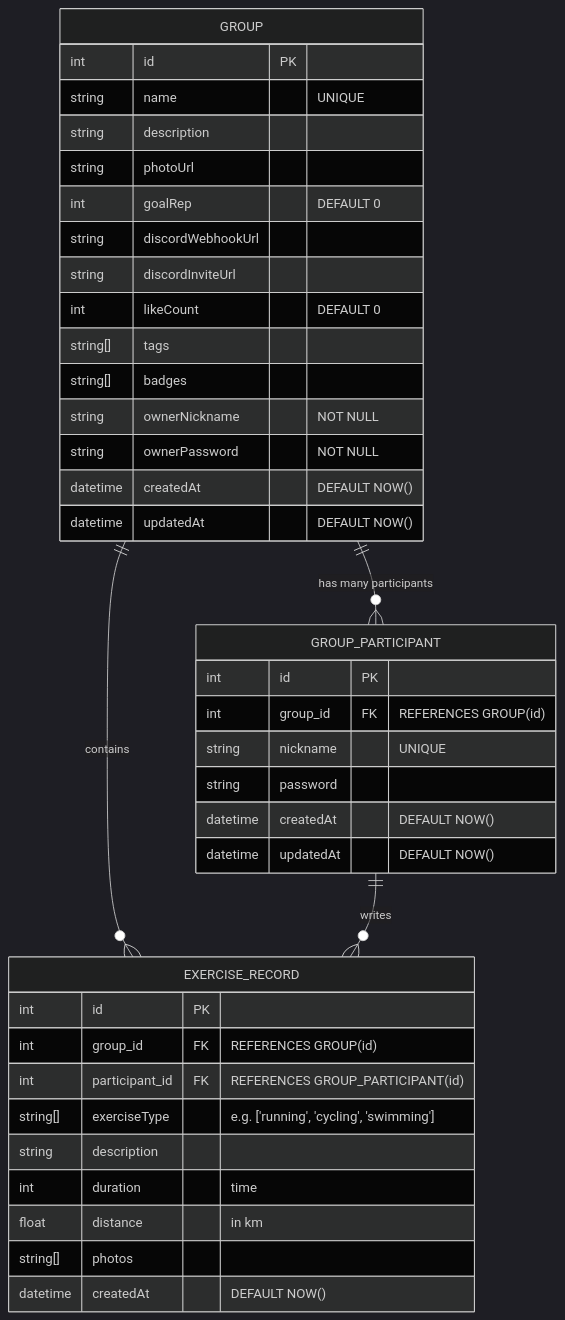
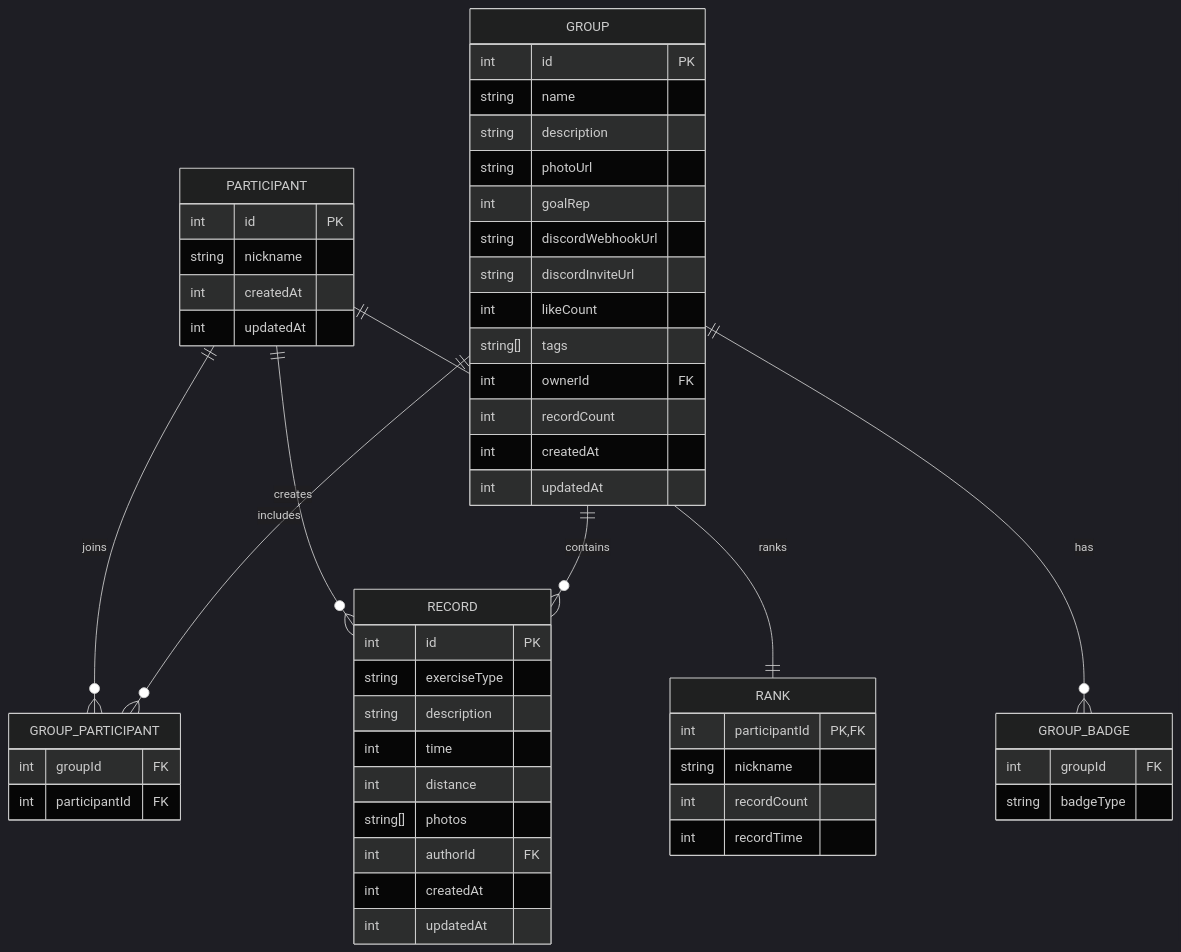
Before and after one commit to funfungun/mermaid: the diagram in README.md, drawn with Mermaid (dark theme).

````diff
--- a/README.md
+++ b/README.md
@@ -1,45 +1,61 @@
 ```mermaid
 erDiagram
-    GROUP {
-        int id PK
-        string name "UNIQUE"
-        string description
-        string photoUrl
-        int goalRep "DEFAULT 0"
-        string discordWebhookUrl
-        string discordInviteUrl
-        int likeCount "DEFAULT 0"
-        string[] tags
-        string[] badges
-        string ownerNickname "NOT NULL"
-        string ownerPassword "NOT NULL"
-        datetime createdAt "DEFAULT NOW()"
-        datetime updatedAt "DEFAULT NOW()"
-    }
-
-    GROUP_PARTICIPANT {
-        int id PK
-        int group_id FK "REFERENCES GROUP(id)"
-        string nickname "UNIQUE"
-        string password
-        datetime createdAt "DEFAULT NOW()"
-        datetime updatedAt "DEFAULT NOW()"
-    }
-
-    GROUP ||--o{ GROUP_PARTICIPANT : "has many participants"
-
-    EXERCISE_RECORD {
-        int id PK
-        int group_id FK "REFERENCES GROUP(id)"
-        int participant_id FK "REFERENCES GROUP_PARTICIPANT(id)"
-        string[] exerciseType "e.g. ['running', 'cycling', 'swimming']"
-        string description
-        int duration "time"
-        float distance "in km"
-        string[] photos
-        datetime createdAt "DEFAULT NOW()"
-    }
-
-    GROUP ||--o{ EXERCISE_RECORD : "contains"
-    GROUP_PARTICIPANT ||--o{ EXERCISE_RECORD : "writes"
+  PARTICIPANT {
+    int id PK
+    string nickname
+    int createdAt
+    int updatedAt
+  }
+  
+  GROUP {
+    int id PK
+    string name
+    string description
+    string photoUrl
+    int goalRep
+    string discordWebhookUrl
+    string discordInviteUrl
+    int likeCount
+    string[] tags
+    int ownerId FK
+    int recordCount
+    int createdAt
+    int updatedAt
+  }
+  
+  RECORD {
+    int id PK
+    string exerciseType
+    string description
+    int time
+    int distance
+    string[] photos
+    int authorId FK
+    int createdAt
+    int updatedAt
+  }
+  
+  RANK {
+    int participantId PK, FK
+    string nickname
+    int recordCount
+    int recordTime
+  }
+  
+  GROUP_PARTICIPANT {
+    int groupId FK
+    int participantId FK
+  }
+  
+  GROUP_BADGE {
+    int groupId FK
+    string badgeType
+  }
+  
+  PARTICIPANT ||--o{ GROUP_PARTICIPANT : joins
+  GROUP ||--o{ GROUP_PARTICIPANT : includes
+  PARTICIPANT ||--o{ RECORD : creates
+  GROUP ||--o{ RECORD : contains
+  PARTICIPANT ||--|| RANK : ranks
+  GROUP ||--o{ GROUP_BADGE : has
 ```
````
